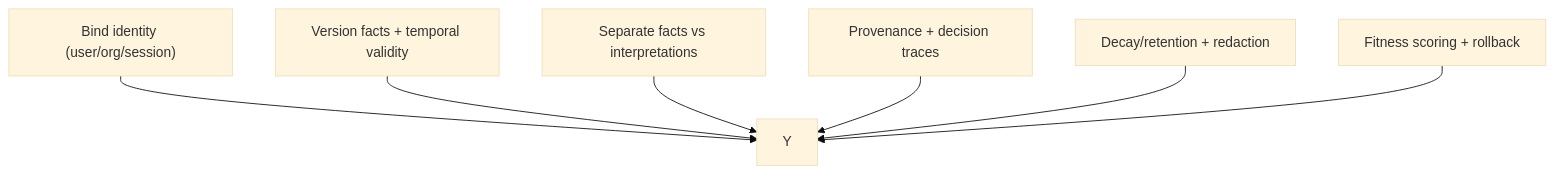
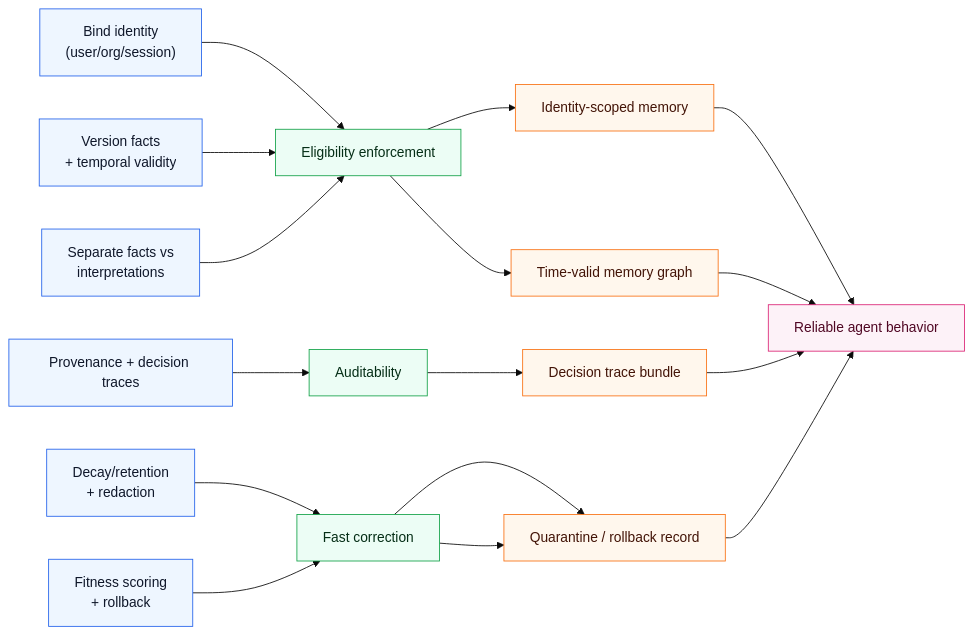
One commit to 5Reasons/5reasons.github.io changed the third of 3 diagrams in docs/blog/posts/memory-needs-identity-governance-and-decay.md. Above: the diagram before and after it, drawn with Mermaid (base theme). The commit also changed other lines of this file and 14 other files, not shown here.

First line of the commit message:
Refactor diagrams and improve clarity in blog posts and case studies

````diff
--- a/docs/blog/posts/memory-needs-identity-governance-and-decay.md
+++ b/docs/blog/posts/memory-needs-identity-governance-and-decay.md
@@ -123,9 +174,37 @@
 ```mermaid
-graph TD;
-  L1["Bind identity (user/org/session)"] --> Y;
-  L2["Version facts + temporal validity"] --> Y;
-  L3["Separate facts vs interpretations"] --> Y;
-  L4["Provenance + decision traces"] --> Y;
-  L5["Decay/retention + redaction"] --> Y;
-  L6["Fitness scoring + rollback"] --> Y;
+flowchart LR
+  %% Levers
+  L1["Bind identity<br>(user/org/session)"]:::i
+  L2["Version facts<br>+ temporal validity"]:::i
+  L3["Separate facts vs<br>interpretations"]:::i
+  L4["Provenance + decision traces"]:::i
+  L5["Decay/retention<br>+ redaction"]:::i
+  L6["Fitness scoring<br>+ rollback"]:::i
+
+  %% Targeted processes
+  P1["Eligibility enforcement"]:::p
+  P2["Auditability"]:::p
+  P3["Fast correction"]:::p
+
+  %% Products
+  R1["Identity-scoped memory"]:::r
+  R2["Time-valid memory graph"]:::r
+  R3["Decision trace bundle"]:::r
+  R4["Quarantine / rollback record"]:::r
+
+  %% Outcome
+  Y["Reliable agent behavior"]:::o
+
+  L1 --> P1 --> R1 --> Y
+  L2 --> P1 --> R2 --> Y
+  L3 --> P1
+  L4 --> P2 --> R3 --> Y
+  L5 --> P3 --> R4 --> Y
+  L6 --> P3 --> R4
+
+  %% brModel styles
+  classDef i fill:#eef6ff,stroke:#2563eb,stroke-width:1px,color:#0f172a;
+  classDef p fill:#ecfdf5,stroke:#16a34a,stroke-width:1px,color:#052e16;
+  classDef r fill:#fff7ed,stroke:#f97316,stroke-width:1px,color:#431407;
+  classDef o fill:#fdf2f8,stroke:#db2777,stroke-width:1px,color:#500724;
 ```
````
